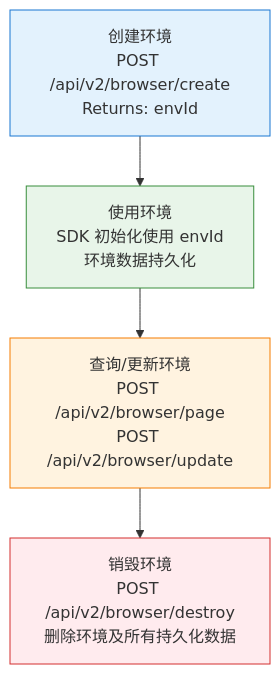
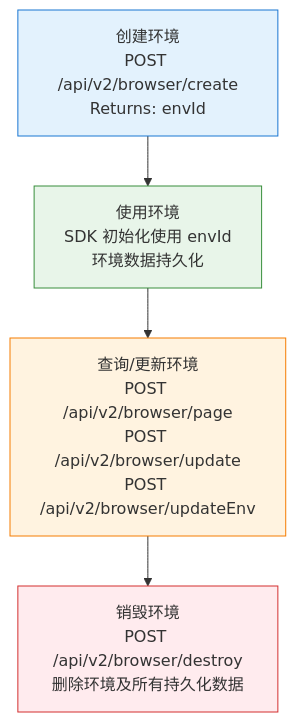
One commit to browsersdk/brosdk-docs changed the diagram in docs/user-guide/environment.md. Above: the diagram before and after it, drawn with Mermaid. The commit also changed other lines of this file and 7 other files, not shown here.

````diff
--- a/docs/user-guide/environment.md
+++ b/docs/user-guide/environment.md
@@ -688,11 +724,11 @@
 ```mermaid
 flowchart TD
     A[创建环境<br/>POST /api/v2/browser/create<br/>Returns: envId] --> B[使用环境<br/>SDK 初始化使用 envId<br/>环境数据持久化]
-    B --> C[查询/更新环境<br/>POST /api/v2/browser/page<br/>POST /api/v2/browser/update]
+    B --> C[查询/更新环境<br/>POST /api/v2/browser/page<br/>POST /api/v2/browser/update<br/>POST /api/v2/browser/updateEnv]
     C --> D[销毁环境<br/>POST /api/v2/browser/destroy<br/>删除环境及所有持久化数据]
     
     style A fill:#e3f2fd,stroke:#1976d2
     style B fill:#e8f5e9,stroke:#388e3c
     style C fill:#fff3e0,stroke:#f57c00
     style D fill:#ffebee,stroke:#d32f2f
 ```
````
